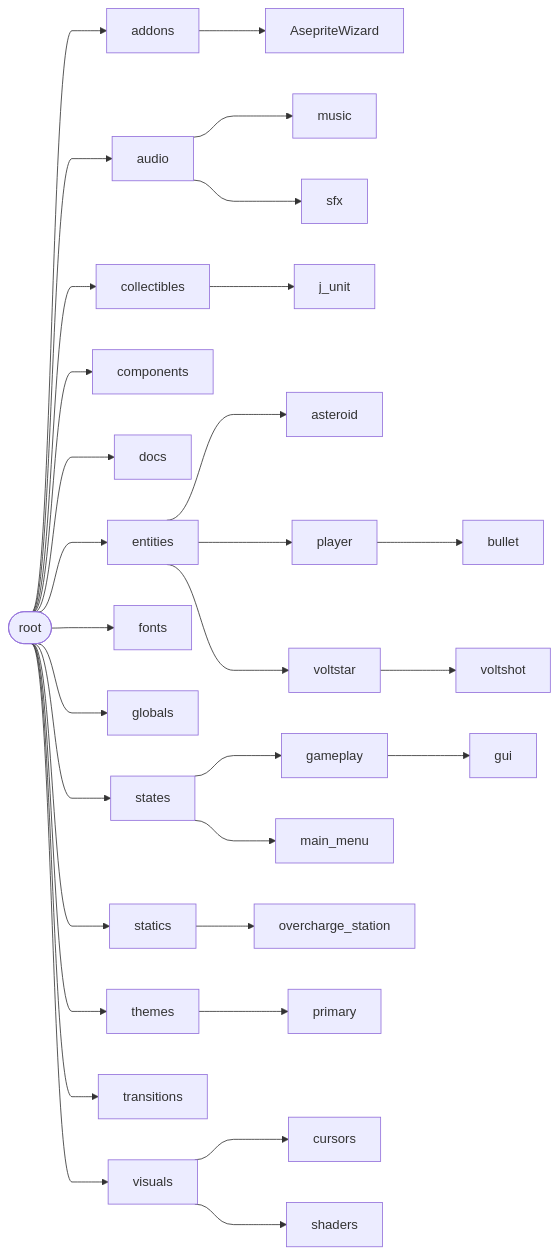
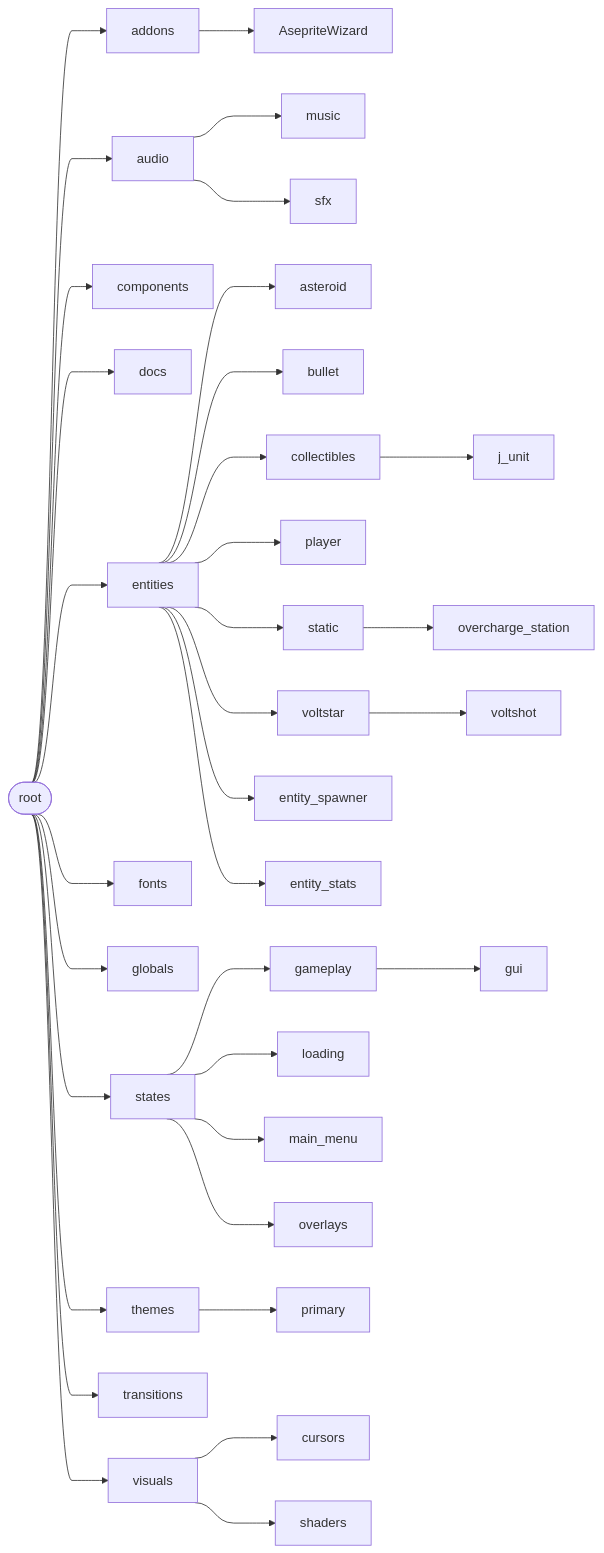
The first of 2 diagrams in docs/structures.md (safwan-ds/AstroDodge), drawn with Mermaid before and after one commit. The commit also changed other lines of this file and 10 other files, not shown here.

````diff
--- a/docs/structures.md
+++ b/docs/structures.md
@@ -5,36 +5,39 @@
 ```mermaid
 %%{ init: { 'flowchart': { 'curve': 'bumpX' } } }%%
 flowchart LR
     r([root]) --> addons --> AsepriteWizard
     r --> audio
     audio --> music
     audio --> sfx
 
-    r --> collectibles --> j_unit
     r --> components
     r --> docs
 
     r --> e[entities]
     e --> asteroid
-    e --> player --> bullet
+    e --> bullet
+    e --> collectibles --> j_unit
+    e --> player
+    e --> static --> overcharge_station
     e --> voltstar --> voltshot
+    e --> entity_spawner
+    e --> entity_stats
 
     r --> fonts
     r --> globals
 
     r --> states
     states --> gameplay --> gui
+    states --> loading
     states --> main_menu
-
-    r --> statics
-    statics --> overcharge_station
+    states --> overlays
 
     r --> themes
     themes --> primary
 
     r --> transitions
 
-    r --> v[visuals]
-    v --> cursors
-    v --> shaders
+    r --> visuals
+    visuals --> cursors
+    visuals --> shaders
 ```
````
